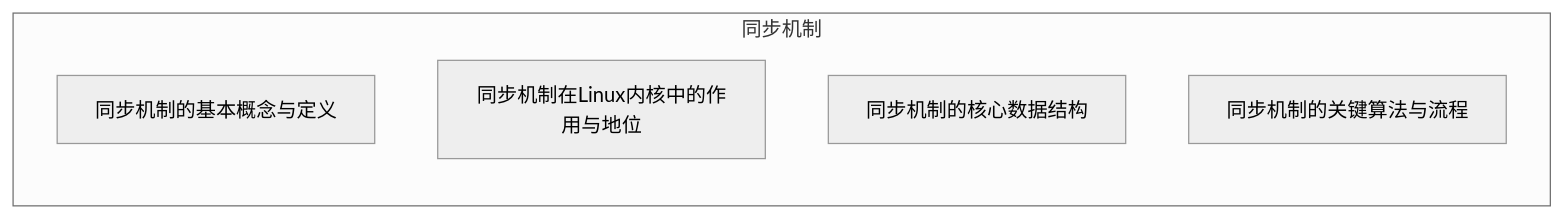
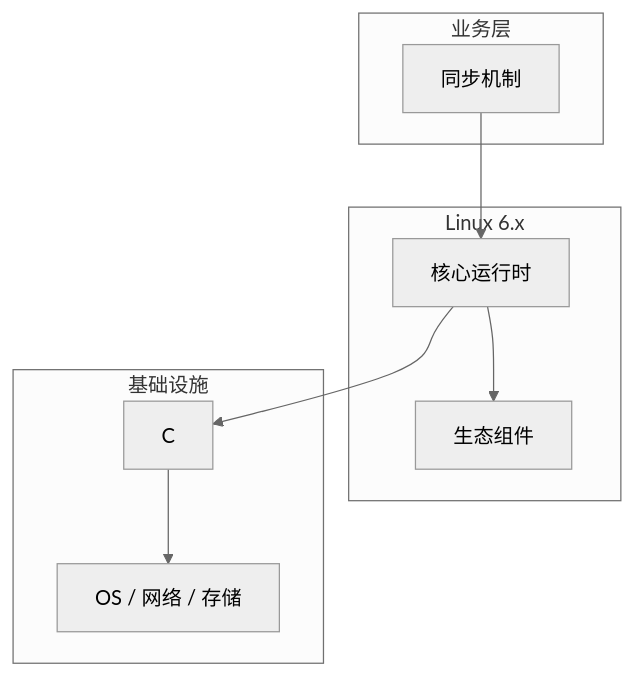
The diagram in articles/Linux内核/chapters/095-同步机制的对比与选型.md (yanggan2015/knowledge-json-v2), drawn with Mermaid (neutral theme) before and after one commit. The commit also changed other lines of this file and 10127 other files, not shown here.

````diff
--- a/articles/Linux内核/chapters/095-同步机制的对比与选型.md
+++ b/articles/Linux内核/chapters/095-同步机制的对比与选型.md
@@ -45,9 +34,18 @@
 ```mermaid
-graph LR
-    subgraph 同步机制
-        C0[同步机制的基本概念与定义]
-        C1[同步机制在Linux内核中的作用与地位]
-        C2[同步机制的核心数据结构]
-        C3[同步机制的关键算法与流程]
+graph TB
+    subgraph 业务层
+        A[同步机制]
     end
+    subgraph Linux 6.x
+        B[核心运行时]
+        C[生态组件]
+    end
+    subgraph 基础设施
+        D[C]
+        E[OS / 网络 / 存储]
+    end
+    A --> B
+    B --> C
+    B --> D
+    D --> E
 ```
````
